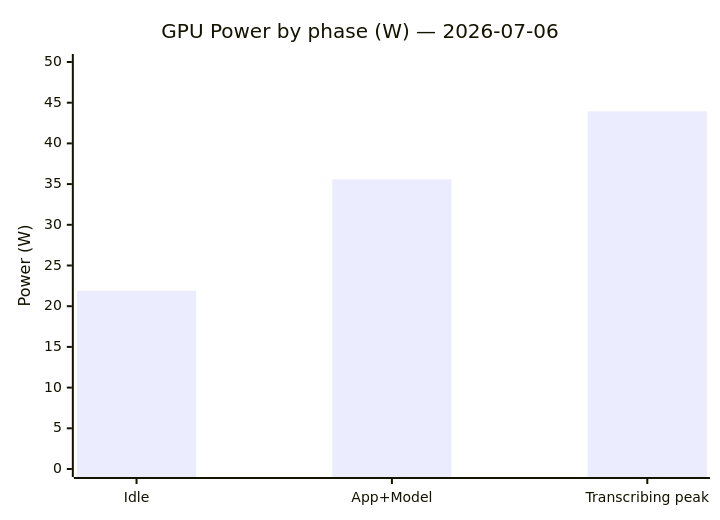
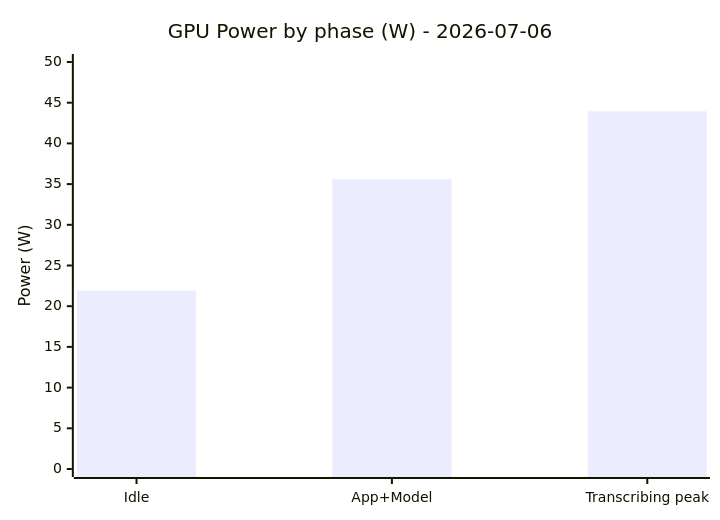
The second of 2 diagrams in BENCHMARKS.md (Imperium42/echophrase), drawn with Mermaid before and after one commit. The commit also changed other lines of this file and 26 other files, not shown here.

````diff
--- a/BENCHMARKS.md
+++ b/BENCHMARKS.md
@@ -60,7 +60,7 @@
 ```mermaid
 xychart-beta
-    title "GPU Power by phase (W) — 2026-07-06"
+    title "GPU Power by phase (W) - 2026-07-06"
     x-axis ["Idle", "App+Model", "Transcribing peak"]
     y-axis "Power (W)" 0 --> 50
     bar [21.9, 35.6, 43.94]
 ```
````
